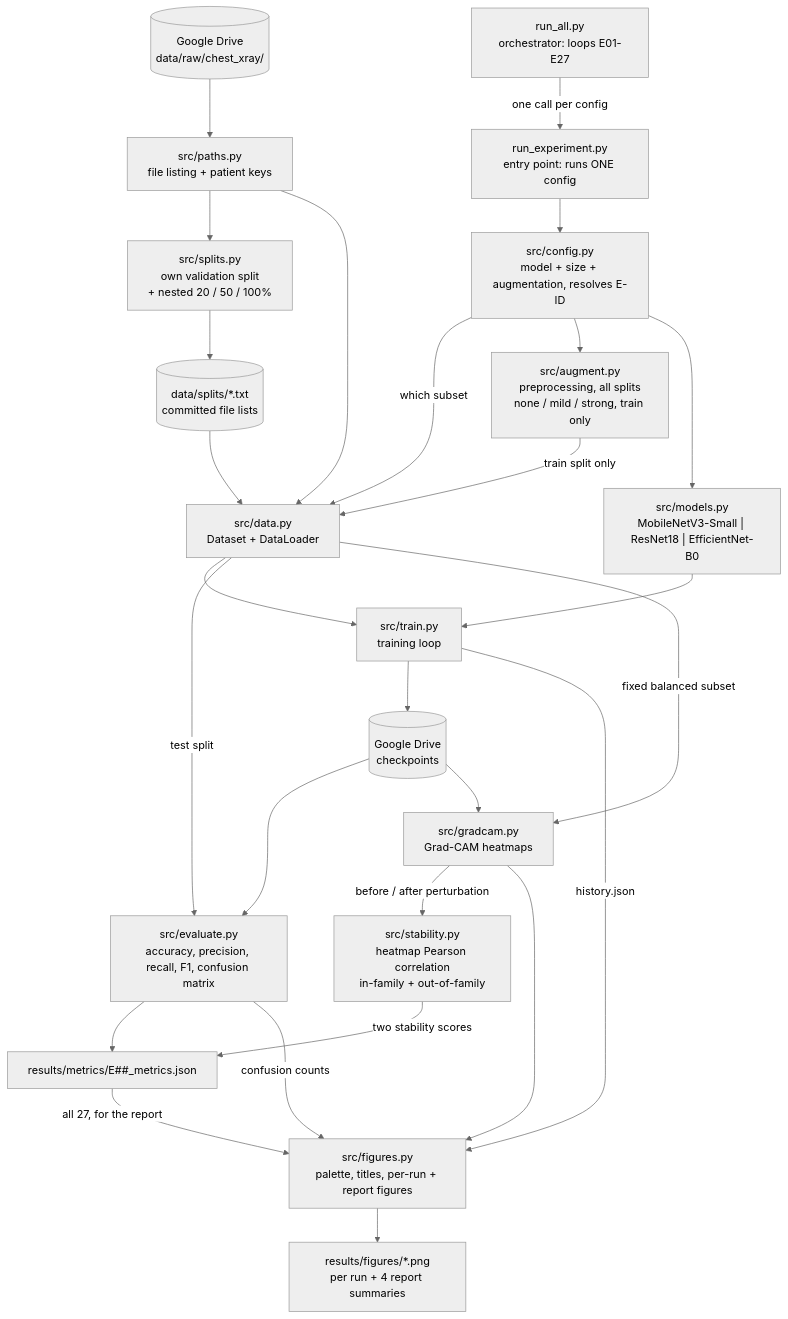
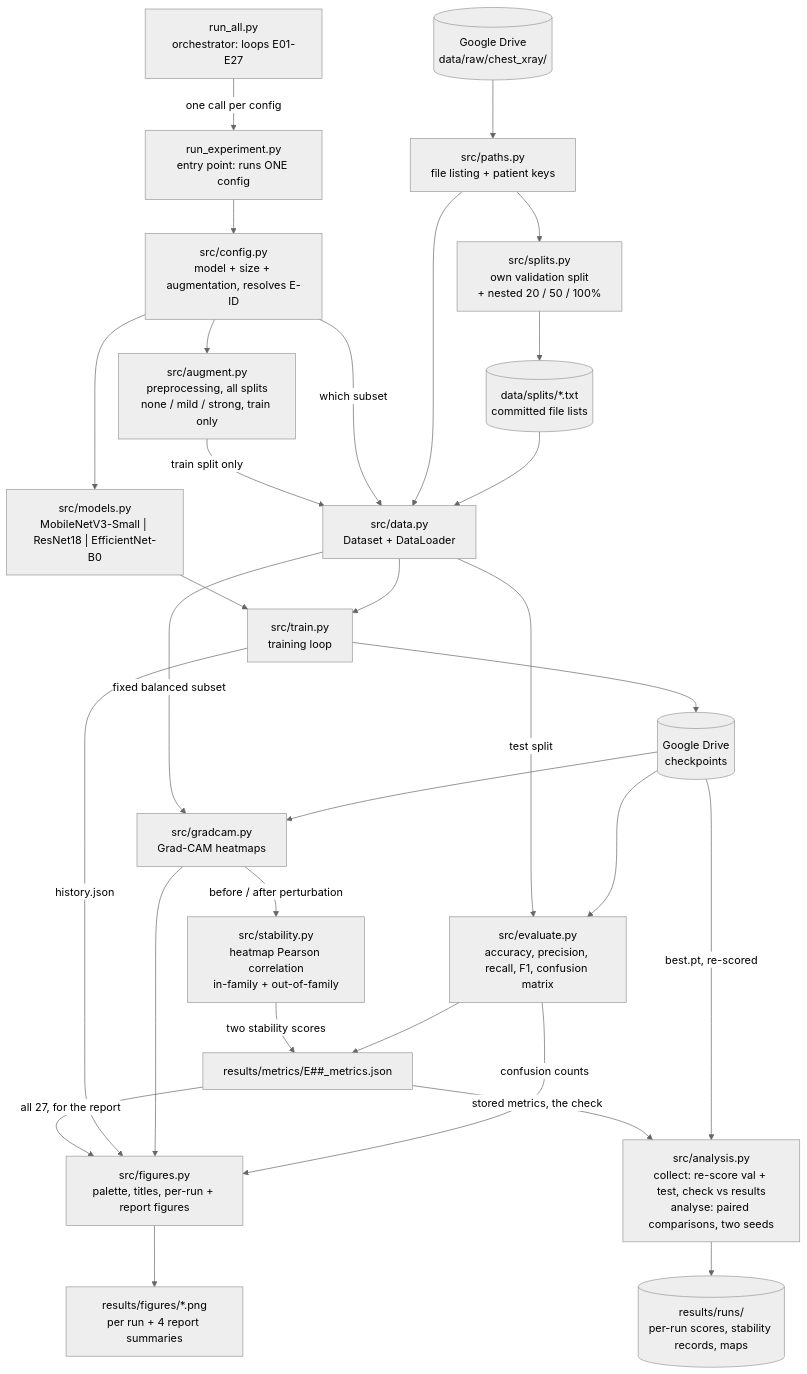
One commit to orbakish/limited-data-pneumonia-classification changed the diagram in docs/architecture.md. Above: the diagram before and after it, drawn with Mermaid (neutral theme). The commit also changed other lines of this file and 5 other files, not shown here.

First line of the commit message:
Add the collect stage of the results analysis

````diff
--- a/docs/architecture.md
+++ b/docs/architecture.md
@@ -14,56 +14,63 @@
 ```mermaid
 flowchart TD
     RA["run_all.py<br/>orchestrator: loops E01-E27"]
     RE["run_experiment.py<br/>entry point: runs ONE config"]
     CFG["src/config.py<br/>model + size + augmentation, resolves E-ID"]
 
     RA -->|"one call per config"| RE
     RE --> CFG
 
     RAW[("Google Drive<br/>data/raw/chest_xray/")]
     PTH["src/paths.py<br/>file listing + patient keys"]
     SPL["src/splits.py<br/>own validation split<br/>+ nested 20 / 50 / 100%"]
     LST[("data/splits/*.txt<br/>committed file lists")]
     DS["src/data.py<br/>Dataset + DataLoader"]
     AUG["src/augment.py<br/>preprocessing, all splits<br/>none / mild / strong, train only"]
 
     RAW --> PTH
     PTH --> SPL
     SPL --> LST
     LST --> DS
     PTH --> DS
     CFG -->|"which subset"| DS
     AUG -->|"train split only"| DS
     CFG --> AUG
 
     MOD["src/models.py<br/>MobileNetV3-Small | ResNet18 | EfficientNet-B0"]
     TR["src/train.py<br/>training loop"]
     CKPT[("Google Drive<br/>checkpoints")]
 
     CFG --> MOD
     DS --> TR
     MOD --> TR
     TR --> CKPT
 
     EV["src/evaluate.py<br/>accuracy, precision, recall, F1, confusion matrix"]
     GC["src/gradcam.py<br/>Grad-CAM heatmaps"]
     ST["src/stability.py<br/>heatmap Pearson correlation<br/>in-family + out-of-family"]
 
     CKPT --> EV
     CKPT --> GC
     DS -->|"test split"| EV
     DS -->|"fixed balanced subset"| GC
     GC -->|"before / after perturbation"| ST
 
     FG["src/figures.py<br/>palette, titles, per-run + report figures"]
     MET["results/metrics/E##_metrics.json"]
     FIG["results/figures/*.png<br/>per run + 4 report summaries"]
 
     EV --> MET
     ST -->|"two stability scores"| MET
     EV -->|"confusion counts"| FG
     GC --> FG
     TR -->|"history.json"| FG
     MET -->|"all 27, for the report"| FG
     FG --> FIG
+
+    AN["src/analysis.py<br/>collect: re-score val + test, check vs results<br/>analyse: paired comparisons, two seeds"]
+    RUNS[("results/runs/<br/>per-run scores, stability records, maps")]
+
+    CKPT -->|"best.pt, re-scored"| AN
+    MET -->|"stored metrics, the check"| AN
+    AN --> RUNS
 ```
````
